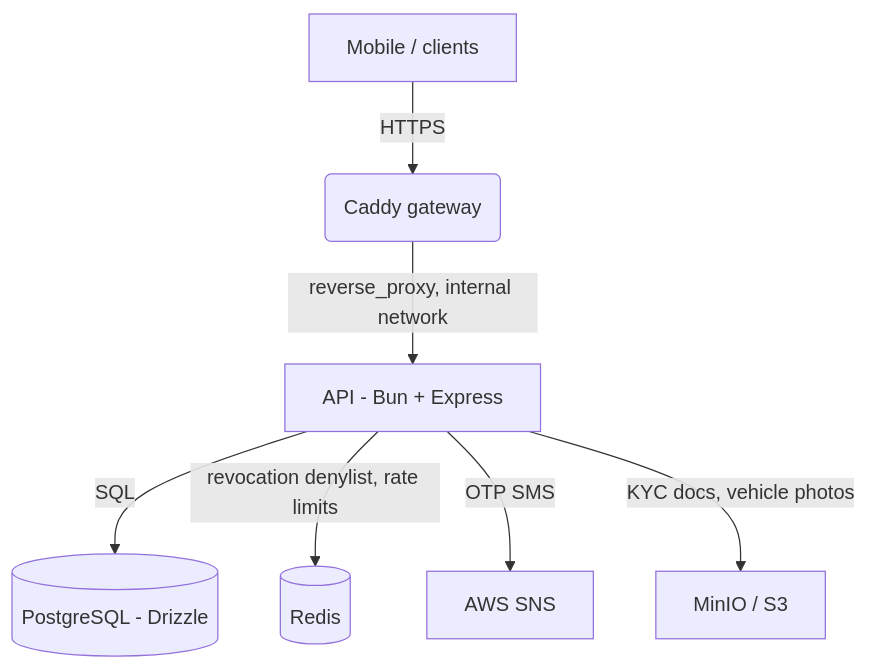
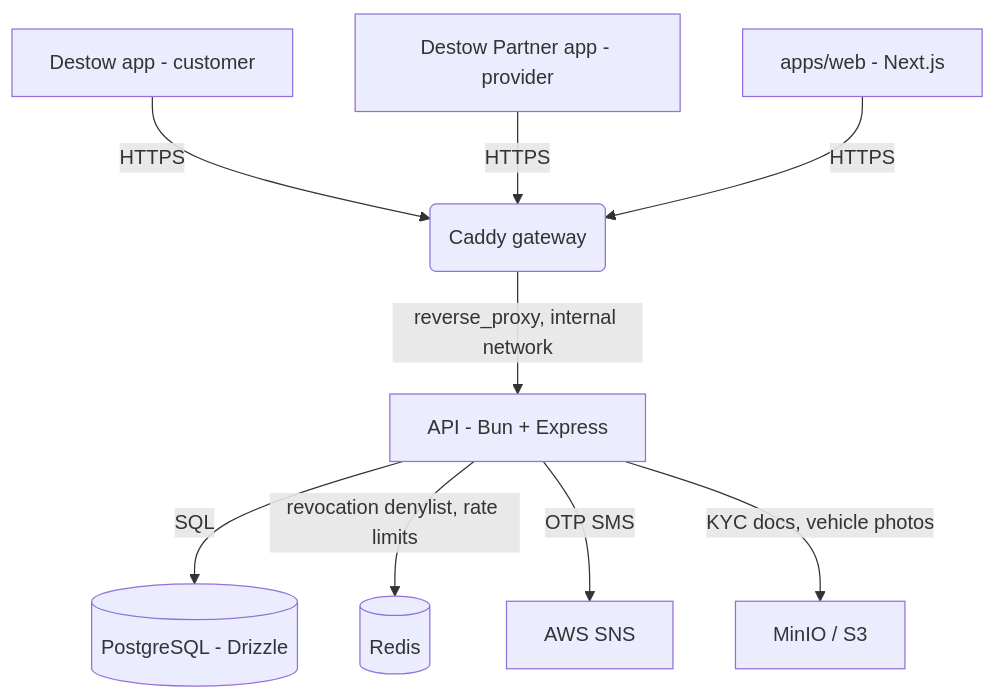
Before and after one commit to destowofficial/destow-app: the first of 2 diagrams in docs/ARCHITECTURE.md, drawn with Mermaid. The commit also changed other lines of this file and 32 other files, not shown here.

````diff
--- a/docs/ARCHITECTURE.md
+++ b/docs/ARCHITECTURE.md
@@ -15,9 +21,11 @@
 ```mermaid
 graph TD
-    A[Mobile / clients] -->|HTTPS| B(Caddy gateway)
+    A[Destow app - customer] -->|HTTPS| B(Caddy gateway)
+    A2[Destow Partner app - provider] -->|HTTPS| B
+    A3[apps/web - Next.js] -->|HTTPS| B
     B -->|reverse_proxy, internal network| C[API - Bun + Express]
     C -->|SQL| D[(PostgreSQL - Drizzle)]
     C -->|revocation denylist, rate limits| E[(Redis)]
     C -->|OTP SMS| F[AWS SNS]
     C -->|KYC docs, vehicle photos| G[MinIO / S3]
 ```
````
